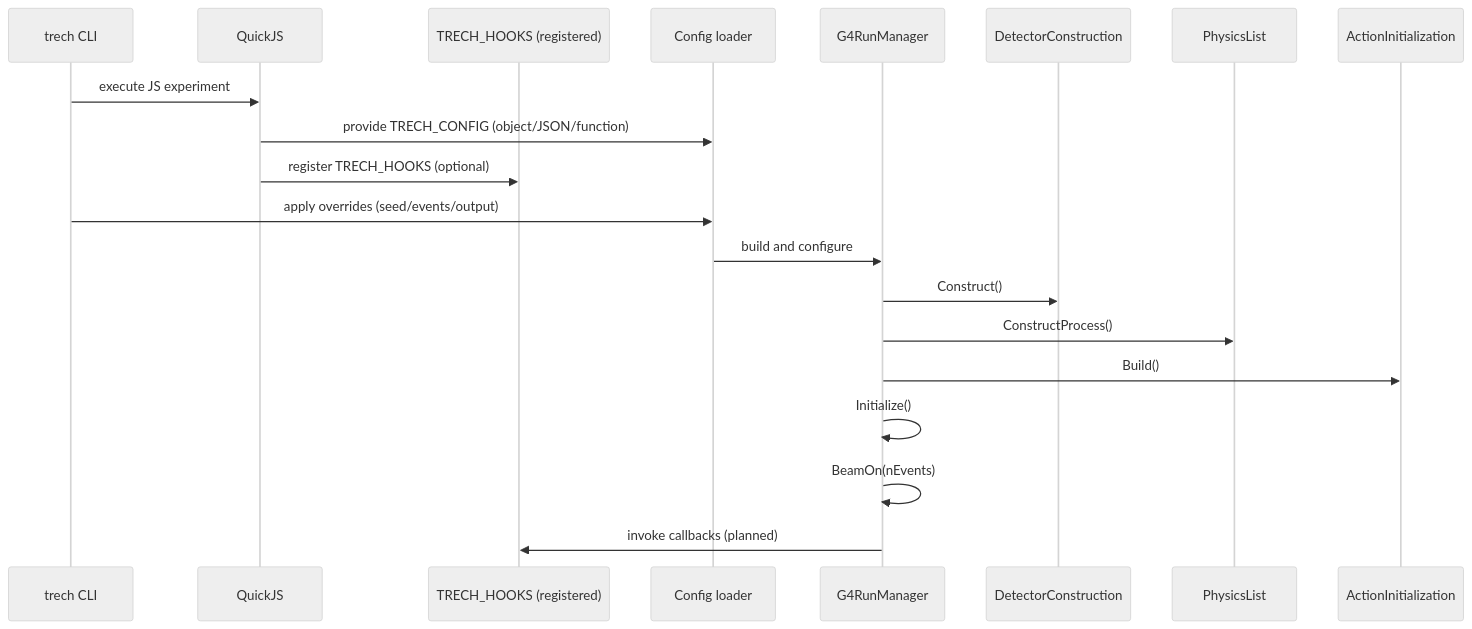
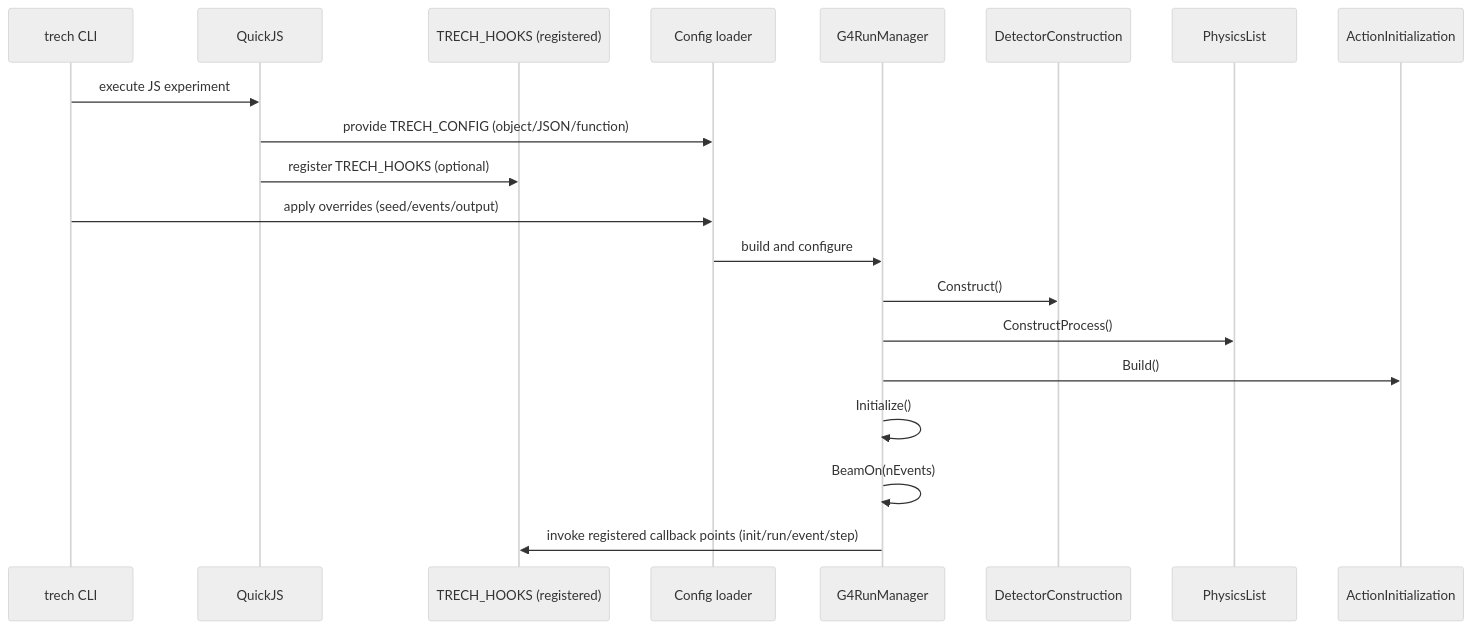
The second of 8 diagrams in CHARTS.md (Geckos-Ink/trech), drawn with Mermaid (neutral theme) before and after one commit. The commit also changed other lines of this file and 19 other files, not shown here.

First line of the commit message:
focused on flow-language authoring in source code.

````diff
--- a/CHARTS.md
+++ b/CHARTS.md
@@ -45,22 +45,22 @@
 ```mermaid
 sequenceDiagram
   participant CLI as trech CLI
   participant QJS as QuickJS
   participant HOOK as TRECH_HOOKS (registered)
   participant CFG as Config loader
   participant RM as G4RunManager
   participant DET as DetectorConstruction
   participant PHY as PhysicsList
   participant ACT as ActionInitialization
   CLI->>QJS: execute JS experiment
   QJS->>CFG: provide TRECH_CONFIG (object/JSON/function)
   QJS->>HOOK: register TRECH_HOOKS (optional)
   CLI->>CFG: apply overrides (seed/events/output)
   CFG->>RM: build and configure
   RM->>DET: Construct()
   RM->>PHY: ConstructProcess()
   RM->>ACT: Build()
   RM->>RM: Initialize()
   RM->>RM: BeamOn(nEvents)
-  RM->>HOOK: invoke callbacks (planned)
+  RM->>HOOK: invoke registered callback points (init/run/event/step)
 ```
````
